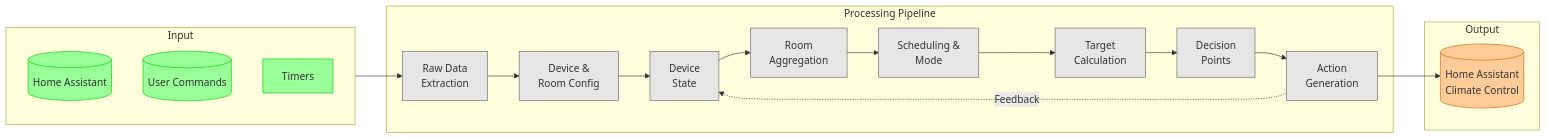
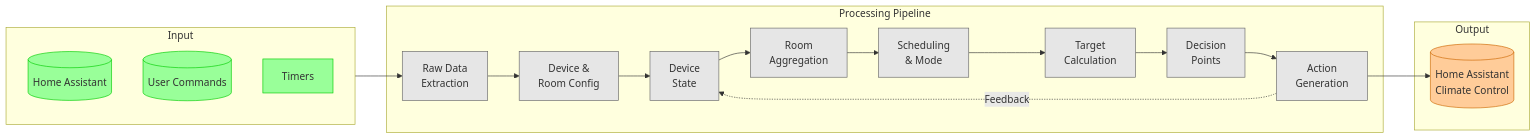
Before and after one commit to GraemeF/home-automation: the diagram in packages/deep-heating-rx/DATA-FLOW.md, drawn with Mermaid. The commit also changed 4 other files, not shown here.

First line of the commit message:
fix: simplify mermaid node labels for readability

````diff
--- a/packages/deep-heating-rx/DATA-FLOW.md
+++ b/packages/deep-heating-rx/DATA-FLOW.md
@@ -16,42 +16,42 @@
 ```mermaid
 flowchart LR
     subgraph Input["Input"]
         HA[("Home Assistant")]
         User[("User Commands")]
         Timers["Timers"]
     end
 
     subgraph Processing["Processing Pipeline"]
-        L1["Raw Data\nExtraction"]
-        L2["Device &\nRoom Config"]
-        L3["Device\nState"]
-        L4["Room\nAggregation"]
-        L5["Scheduling &\nMode"]
-        L6["Target\nCalculation"]
-        L7["Decision\nPoints"]
-        L8["Action\nGeneration"]
+        L1["Raw Data<br/>Extraction"]
+        L2["Device &<br/>Room Config"]
+        L3["Device<br/>State"]
+        L4["Room<br/>Aggregation"]
+        L5["Scheduling<br/>& Mode"]
+        L6["Target<br/>Calculation"]
+        L7["Decision<br/>Points"]
+        L8["Action<br/>Generation"]
     end
 
     subgraph Output["Output"]
-        HAOut[("Home Assistant\nClimate Control")]
+        HAOut[("Home Assistant<br/>Climate Control")]
     end
 
     Input --> L1
     L1 --> L2
     L2 --> L3
     L3 --> L4
     L4 --> L5
     L5 --> L6
     L6 --> L7
     L7 --> L8
     L8 --> HAOut
     L8 -.->|"Feedback"| L3
 
     classDef input fill:#99ff99,stroke:#00cc00
     classDef output fill:#ffcc99,stroke:#cc6600
     classDef process fill:#e6e6e6,stroke:#666666
 
     class HA,User,Timers input
     class HAOut output
     class L1,L2,L3,L4,L5,L6,L7,L8 process
 ```
````
